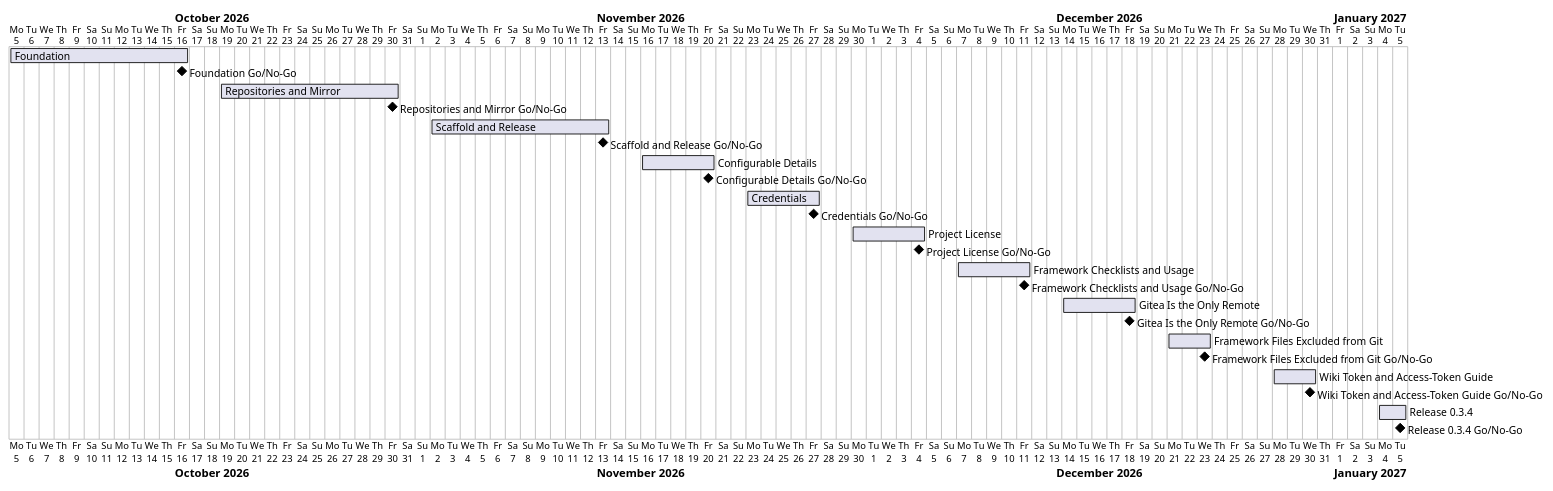
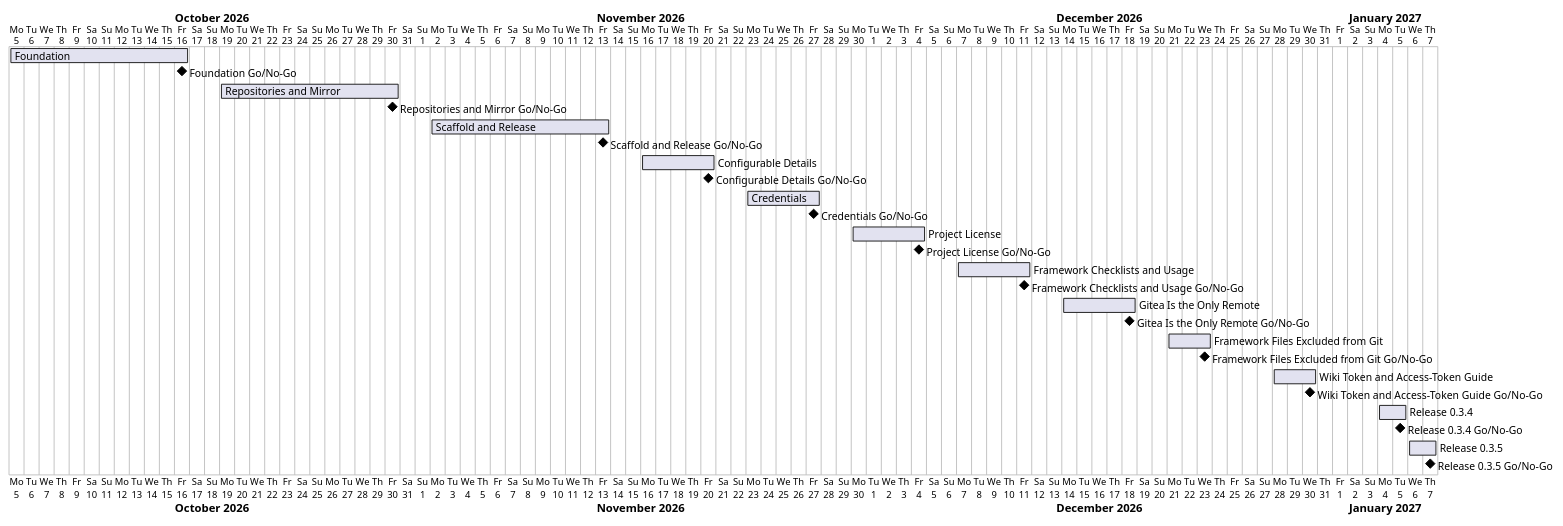
Before and after one commit to TirSystem-BashScript/RepoFoundry: the diagram in docs/project-plan.md, drawn with PlantUML. The commit also changed other lines of this file and 5 other files, not shown here.

````diff
--- a/docs/project-plan.md
+++ b/docs/project-plan.md
@@ -44,27 +45,29 @@
 ```plantuml
 @startgantt
 Project starts 2026-10-05
 [Foundation] starts 2026-10-05 and ends 2026-10-16
 [Foundation Go/No-Go] happens 2026-10-16
 [Repositories and Mirror] starts 2026-10-19 and ends 2026-10-30
 [Repositories and Mirror Go/No-Go] happens 2026-10-30
 [Scaffold and Release] starts 2026-11-02 and ends 2026-11-13
 [Scaffold and Release Go/No-Go] happens 2026-11-13
 [Configurable Details] starts 2026-11-16 and ends 2026-11-20
 [Configurable Details Go/No-Go] happens 2026-11-20
 [Credentials] starts 2026-11-23 and ends 2026-11-27
 [Credentials Go/No-Go] happens 2026-11-27
 [Project License] starts 2026-11-30 and ends 2026-12-04
 [Project License Go/No-Go] happens 2026-12-04
 [Framework Checklists and Usage] starts 2026-12-07 and ends 2026-12-11
 [Framework Checklists and Usage Go/No-Go] happens 2026-12-11
 [Gitea Is the Only Remote] starts 2026-12-14 and ends 2026-12-18
 [Gitea Is the Only Remote Go/No-Go] happens 2026-12-18
 [Framework Files Excluded from Git] starts 2026-12-21 and ends 2026-12-23
 [Framework Files Excluded from Git Go/No-Go] happens 2026-12-23
 [Wiki Token and Access-Token Guide] starts 2026-12-28 and ends 2026-12-30
 [Wiki Token and Access-Token Guide Go/No-Go] happens 2026-12-30
 [Release 0.3.4] starts 2027-01-04 and ends 2027-01-05
 [Release 0.3.4 Go/No-Go] happens 2027-01-05
+[Release 0.3.5] starts 2027-01-06 and ends 2027-01-07
+[Release 0.3.5 Go/No-Go] happens 2027-01-07
 @endgantt
 ```
````
